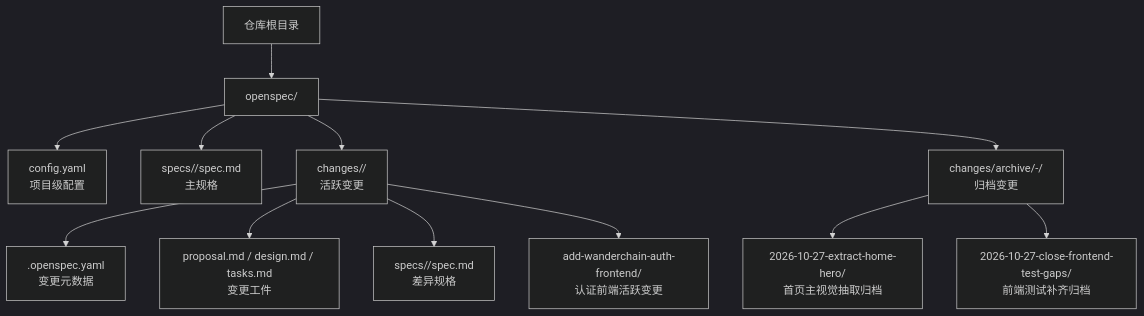
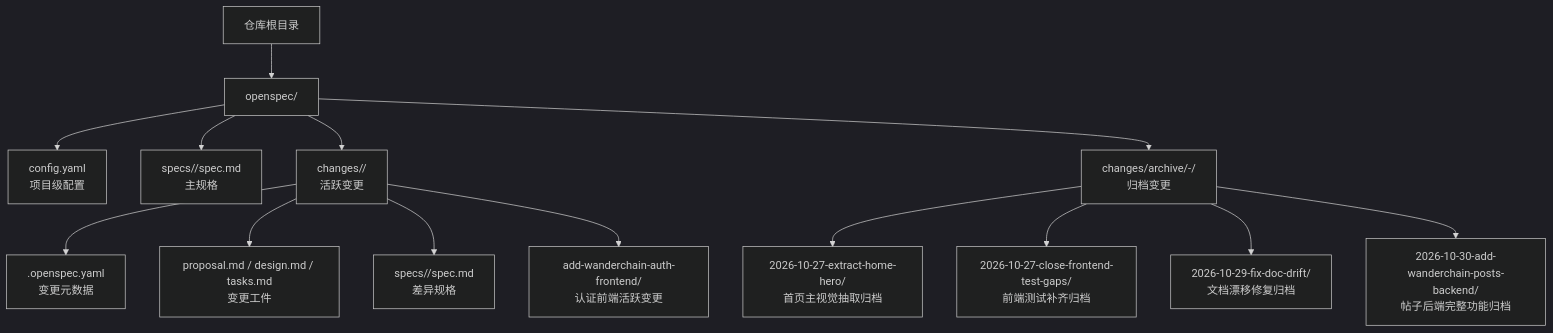
The first of 13 diagrams in .qoder/repowiki/zh/content/规格驱动开发/OpenSpec 工具使用.md (luyitiger6/my-first-project), drawn with Mermaid (dark theme) before and after one commit. The commit also changed other lines of this file and 54 other files, not shown here.

````diff
--- a/.qoder/repowiki/zh/content/规格驱动开发/OpenSpec 工具使用.md
+++ b/.qoder/repowiki/zh/content/规格驱动开发/OpenSpec 工具使用.md
@@ -53,14 +59,16 @@
 ```mermaid
 graph TB
 Root["仓库根目录"] --> ORoot["openspec/"]
 ORoot --> Config["config.yaml<br/>项目级配置"]
 ORoot --> Specs["specs/<capability>/spec.md<br/>主规格"]
 ORoot --> Changes["changes/<change-name>/<br/>活跃变更"]
 Changes --> ChangeMeta[".openspec.yaml<br/>变更元数据"]
 Changes --> Artifacts["proposal.md / design.md / tasks.md<br/>变更工件"]
 Changes --> DeltaSpecs["specs/<capability>/spec.md<br/>差异规格"]
 ORoot --> Archive["changes/archive/<date>-<name>/<br/>归档变更"]
 Archive --> ExtractHero["2026-10-27-extract-home-hero/<br/>首页主视觉抽取归档"]
 Archive --> TestGaps["2026-10-27-close-frontend-test-gaps/<br/>前端测试补齐归档"]
+Archive --> DocDrift["2026-10-29-fix-doc-drift/<br/>文档漂移修复归档"]
+Archive --> PostsBackend["2026-10-30-add-wanderchain-posts-backend/<br/>帖子后端完整功能归档"]
 Changes --> AuthFrontend["add-wanderchain-auth-frontend/<br/>认证前端活跃变更"]
 ```
````
